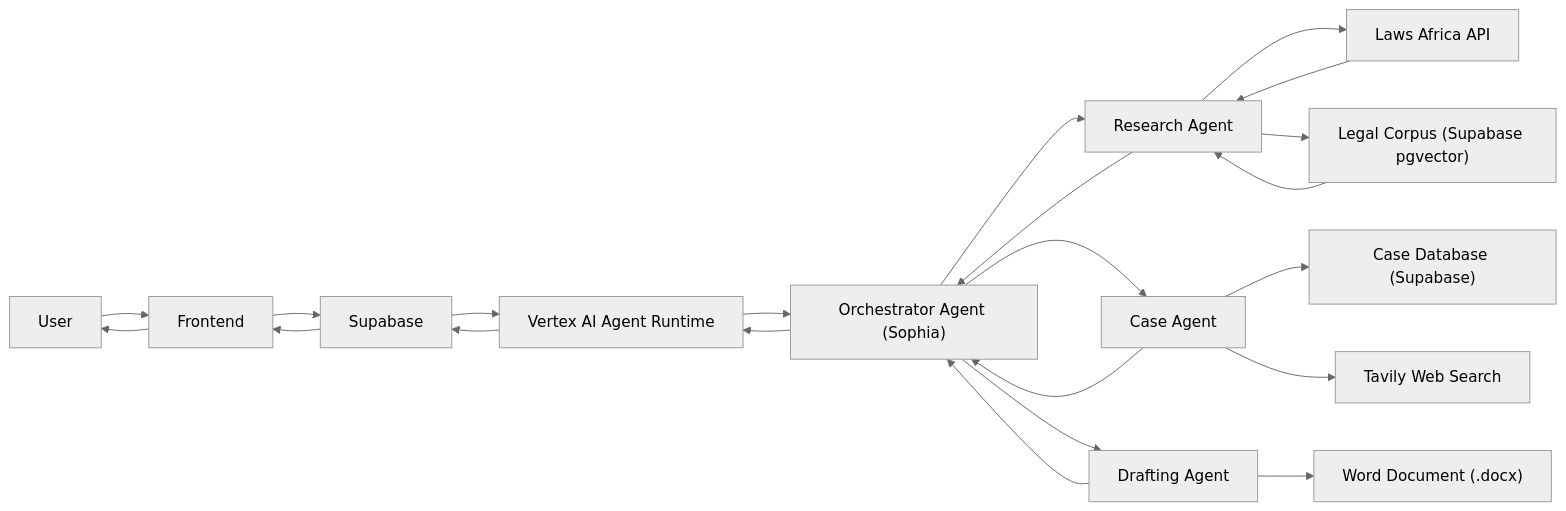
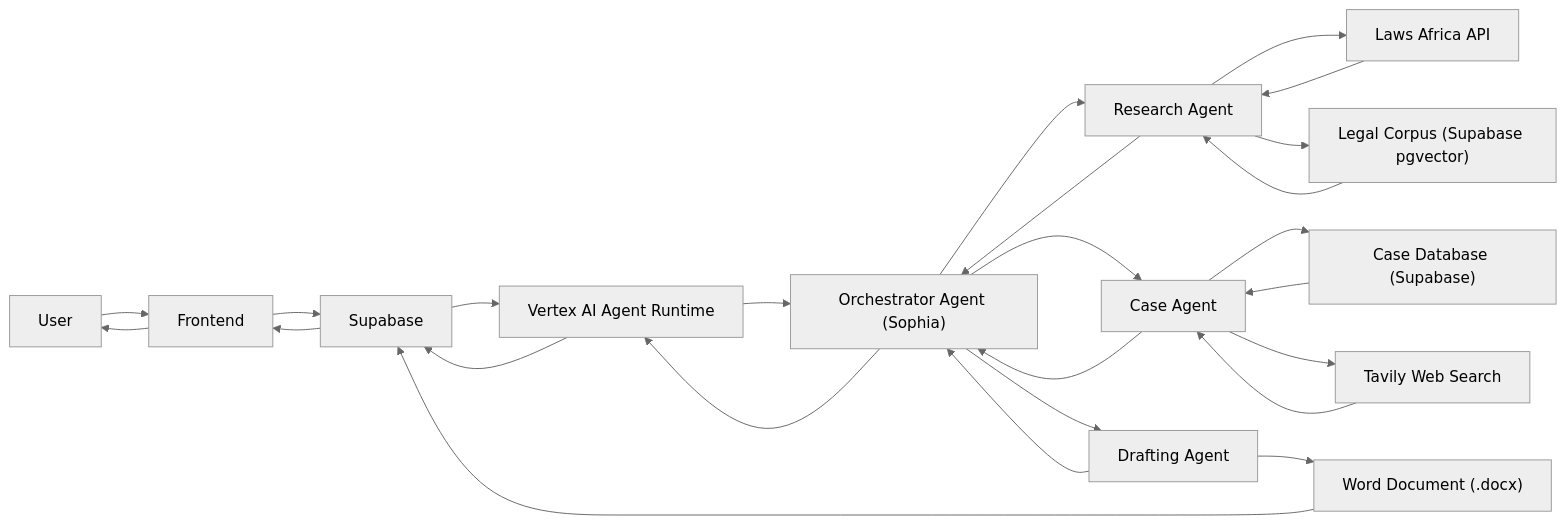
The diagram in public/docs/architecture.md (domusdeiug/paralegal-sophia), drawn with Mermaid (neutral theme) before and after one commit.

Commit message:
Update architecture diagram with bidirectional links

````diff
--- a/public/docs/architecture.md
+++ b/public/docs/architecture.md
@@ -1,32 +1,35 @@
 ```mermaid
 flowchart LR
     User[User] --> Frontend[Frontend]
     Frontend --> Supabase[Supabase]
 
     Supabase --> VertexAI["Vertex AI Agent Runtime"]
 
     VertexAI --> Orchestrator["Orchestrator Agent (Sophia)"]
 
     Orchestrator --> ResearchAgent["Research Agent"]
     Orchestrator --> CaseAgent["Case Agent"]
     Orchestrator --> DraftingAgent["Drafting Agent"]
 
     ResearchAgent --> LawsAfrica["Laws Africa API"]
     LawsAfrica["Laws Africa API"] --> ResearchAgent
     ResearchAgent --> Corpus["Legal Corpus (Supabase pgvector)"]
     Corpus["Legal Corpus (Supabase pgvector)"] --> ResearchAgent
 
     CaseAgent --> CaseDB["Case Database (Supabase)"]
+    CaseDB["Case Database (Supabase)"] --> CaseAgent
     CaseAgent --> Tavily["Tavily Web Search"]
+    Tavily["Tavily Web Search"] --> CaseAgent
 
     DraftingAgent --> DocX["Word Document (.docx)"]
+    DocX["Word Document (.docx)"] --> Supabase
 
     ResearchAgent --> Orchestrator
     CaseAgent --> Orchestrator
     DraftingAgent --> Orchestrator
 
     Orchestrator --> VertexAI
     VertexAI --> Supabase
     Supabase --> Frontend
     Frontend --> User
 ```
````
